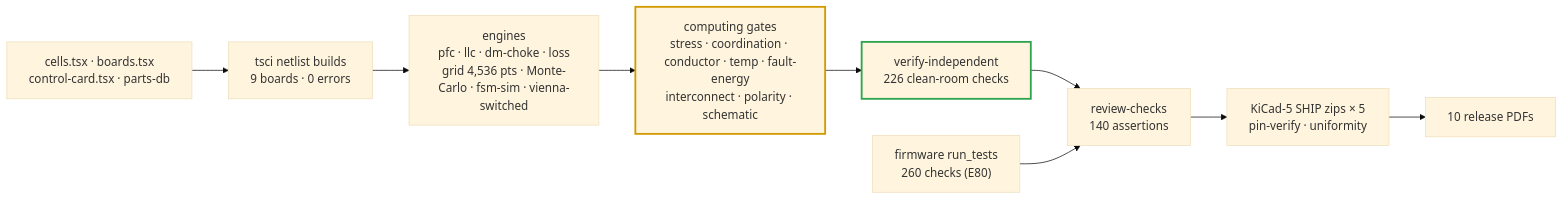
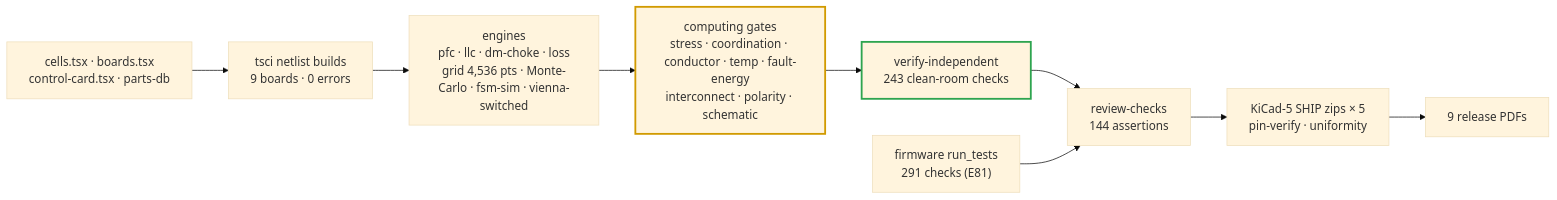
One commit to vectivolt/DC-Modules changed the diagram in docs/verification-matrix.md. Above: the diagram before and after it, drawn with Mermaid (base theme). The commit also changed other lines of this file and 37 other files, not shown here.

First line of the commit message:
E81 docs: premium polish pass — 42 pages restructured, 80 diagrams, 61+ stale claims fixed, gates synced

````diff
--- a/docs/verification-matrix.md
+++ b/docs/verification-matrix.md
@@ -43,13 +54,13 @@
 ```mermaid
 flowchart LR
   SRC["cells.tsx · boards.tsx<br/>control-card.tsx · parts-db"] --> BUILD["tsci netlist builds<br/>9 boards · 0 errors"]
   BUILD --> ENG["engines<br/>pfc · llc · dm-choke · loss<br/>grid 4,536 pts · Monte-Carlo · fsm-sim · vienna-switched"]
   ENG --> GATES["computing gates<br/>stress · coordination · conductor · temp · fault-energy<br/>interconnect · polarity · schematic"]
-  GATES --> IND["verify-independent<br/>226 clean-room checks"]
-  IND --> REV["review-checks<br/>140 assertions"]
+  GATES --> IND["verify-independent<br/>243 clean-room checks"]
+  IND --> REV["review-checks<br/>144 assertions"]
   REV --> SHIP["KiCad-5 SHIP zips × 5<br/>pin-verify · uniformity"]
-  SHIP --> PDF["10 release PDFs"]
-  FW["firmware run_tests<br/>260 checks (E80)"] --> REV
+  SHIP --> PDF["9 release PDFs"]
+  FW["firmware run_tests<br/>291 checks (E81)"] --> REV
   style GATES stroke:#d19a00,stroke-width:2.5px
   style IND stroke:#2ea44f,stroke-width:2.5px
 ```
````
